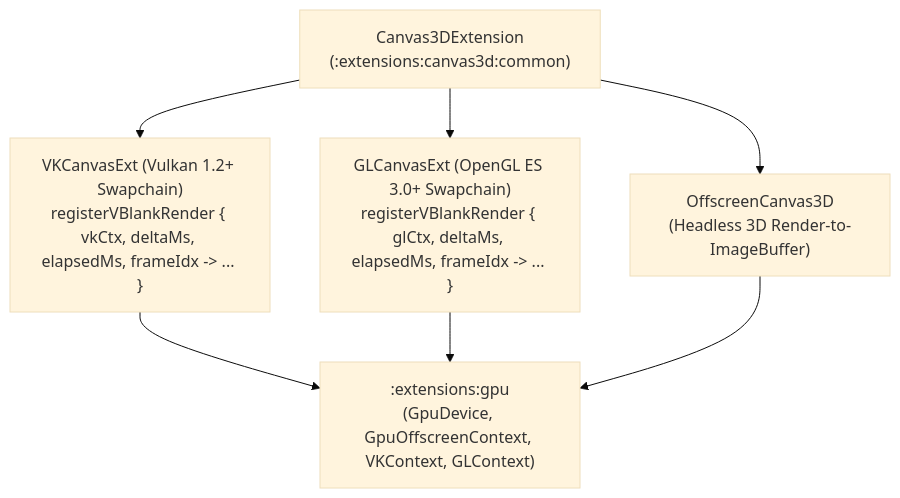
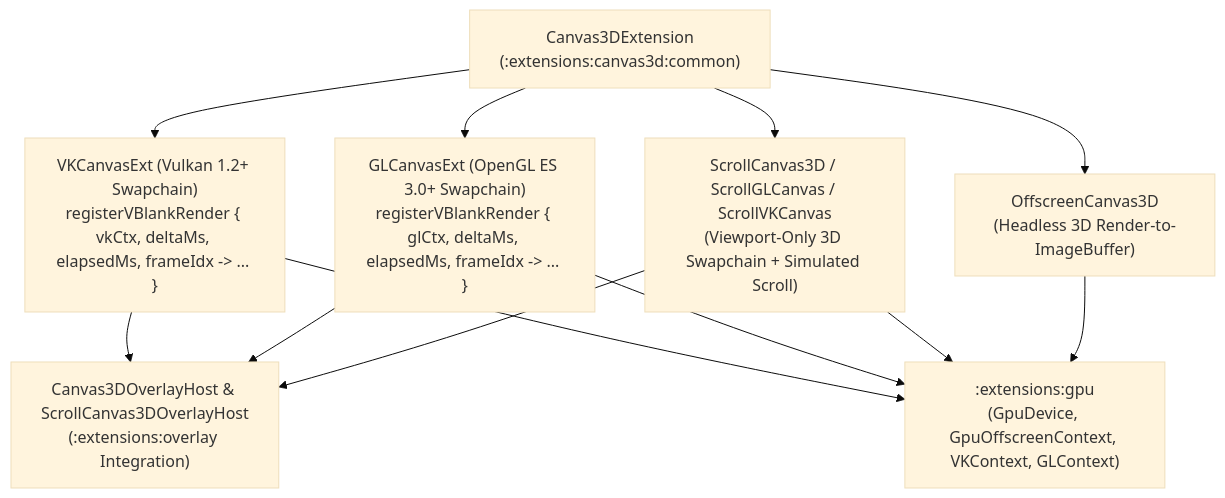
Before and after one commit to GenericUI/Extensions: the diagram in docs/canvas3d.md, drawn with Mermaid (base theme). The commit also changed other lines of this file and 316 other files, not shown here.

Commit message:
feat(extensions): add :overlay and :mediacontrols, restructure submodules to systemCommon/nativeCommon/common, and add hybrid layout DSL

````diff
--- a/docs/canvas3d.md
+++ b/docs/canvas3d.md
@@ -11,15 +11,22 @@
 ```mermaid
 flowchart TD
     Canvas3D["Canvas3DExtension<br/>(:extensions:canvas3d:common)"]
     VKCanvas["VKCanvasExt (Vulkan 1.2+ Swapchain)<br/>registerVBlankRender { vkCtx, deltaMs, elapsedMs, frameIdx -> ... }"]
     GLCanvas["GLCanvasExt (OpenGL ES 3.0+ Swapchain)<br/>registerVBlankRender { glCtx, deltaMs, elapsedMs, frameIdx -> ... }"]
+    Scroll3D["ScrollCanvas3D / ScrollGLCanvas / ScrollVKCanvas<br/>(Viewport-Only 3D Swapchain + Simulated Scroll)"]
+    OverlayHosts["Canvas3DOverlayHost & ScrollCanvas3DOverlayHost<br/>(:extensions:overlay Integration)"]
     Offscreen["OffscreenCanvas3D<br/>(Headless 3D Render-to-ImageBuffer)"]
     Gpu[":extensions:gpu<br/>(GpuDevice, GpuOffscreenContext, VKContext, GLContext)"]
 
     Canvas3D --> VKCanvas
     Canvas3D --> GLCanvas
+    Canvas3D --> Scroll3D
     Canvas3D --> Offscreen
+    VKCanvas --> OverlayHosts
+    GLCanvas --> OverlayHosts
+    Scroll3D --> OverlayHosts
     VKCanvas --> Gpu
     GLCanvas --> Gpu
+    Scroll3D --> Gpu
     Offscreen --> Gpu
 ```
````
